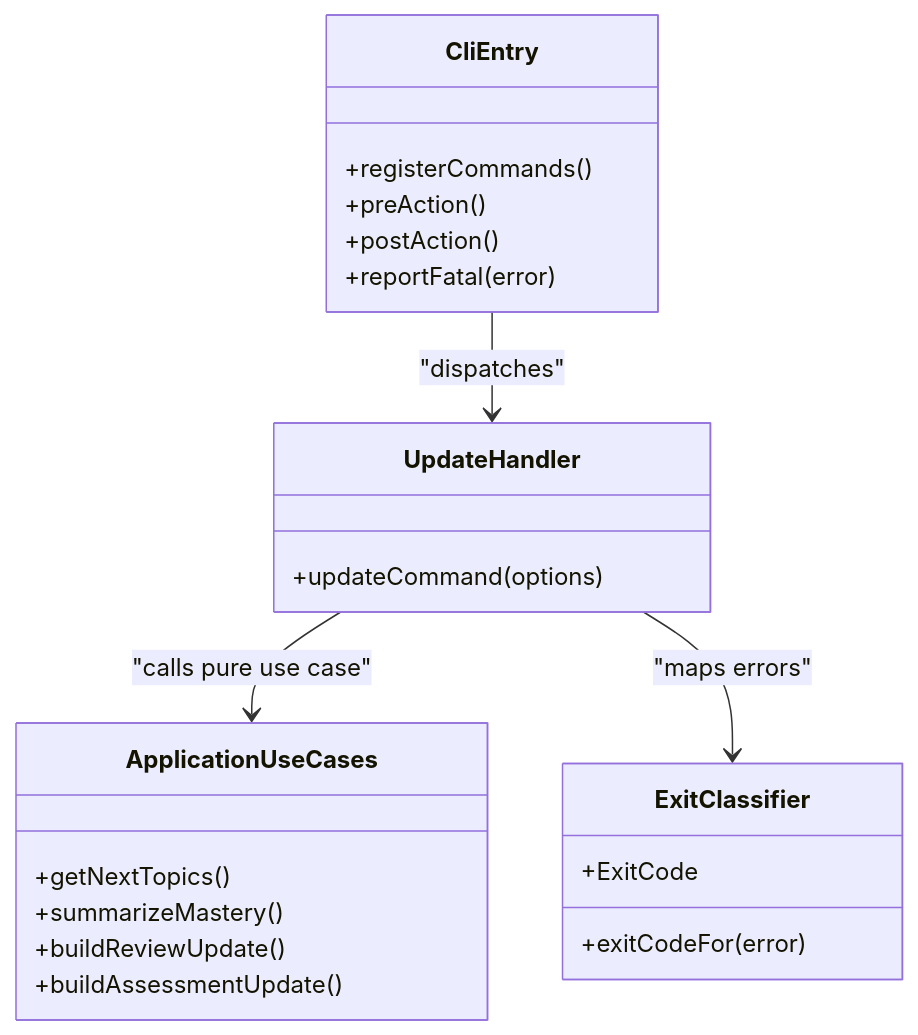
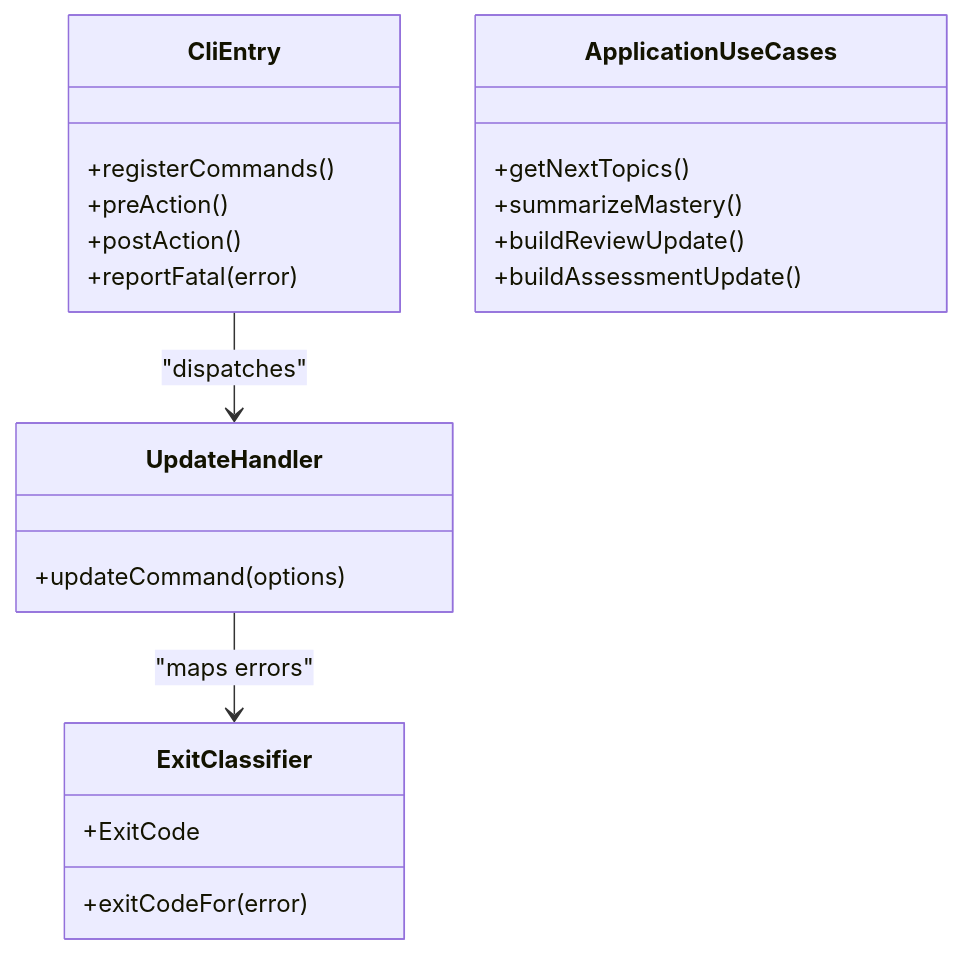
The fourth of 7 diagrams in Architecture Decision Records/Application Layer and CLI Decisions.md (Kuldeep2822k/palee-architecture), drawn with Mermaid before and after one commit. The commit also changed 8 other files, not shown here.

Commit message:
docs(adr): fix lifecycle statuses, stale-temp order and planning diagrams

````diff
--- a/Architecture Decision Records/Application Layer and CLI Decisions.md
+++ b/Architecture Decision Records/Application Layer and CLI Decisions.md
@@ -164,29 +164,28 @@
 ```mermaid
 classDiagram
   class CliEntry {
     +registerCommands()
     +preAction()
     +postAction()
     +reportFatal(error)
   }
 
   class UpdateHandler {
     +updateCommand(options)
   }
 
   class ExitClassifier {
     +ExitCode
     +exitCodeFor(error)
   }
 
   class ApplicationUseCases {
     +getNextTopics()
     +summarizeMastery()
     +buildReviewUpdate()
     +buildAssessmentUpdate()
   }
 
   CliEntry --> UpdateHandler : "dispatches"
-  UpdateHandler --> ApplicationUseCases : "calls pure use case"
   UpdateHandler --> ExitClassifier : "maps errors"
 ```
````
